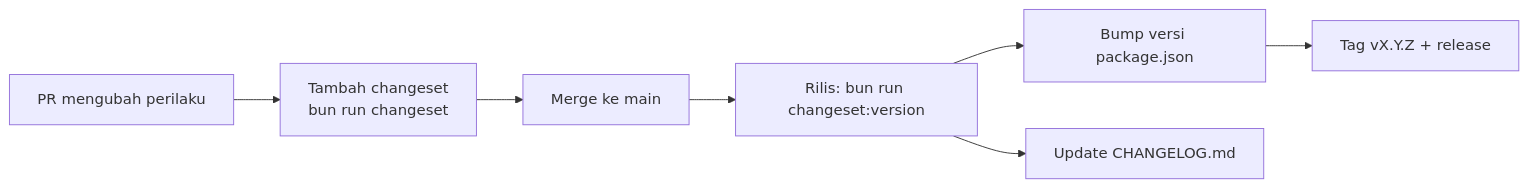
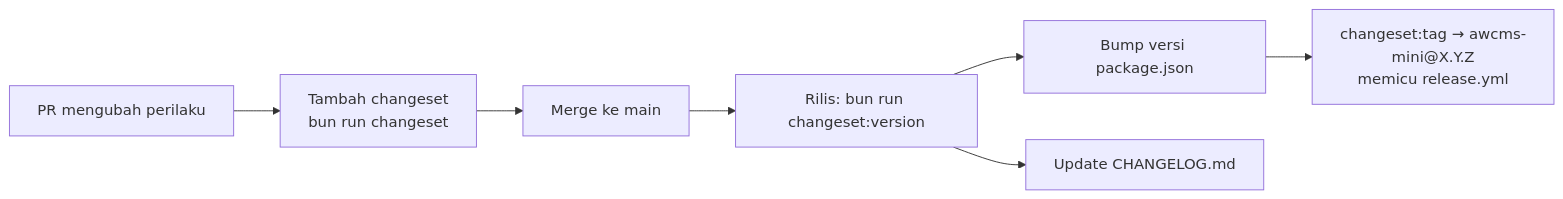
One commit to ahliweb/awcms-mini changed the third of 3 diagrams in docs/awcms-mini/09_roadmap_repository_commit.md. Above: the diagram before and after it, drawn with Mermaid. The commit also changed 3 other files, not shown here.

First line of the commit message:
docs(release): selaraskan skill + doc 09 + audit dengan trigger awcms-mini@* (#825) (#865)

````diff
--- a/docs/awcms-mini/09_roadmap_repository_commit.md
+++ b/docs/awcms-mini/09_roadmap_repository_commit.md
@@ -308,9 +308,9 @@
 ```mermaid
 flowchart LR
   PR[PR mengubah perilaku] --> CS[Tambah changeset<br/>bun run changeset]
   CS --> Merge[Merge ke main]
   Merge --> Rel[Rilis: bun run changeset:version]
   Rel --> Bump[Bump versi package.json]
   Rel --> Log[Update CHANGELOG.md]
-  Bump --> Tag[Tag vX.Y.Z + release]
+  Bump --> Tag[changeset:tag → awcms-mini@X.Y.Z<br/>memicu release.yml]
 ```
````
